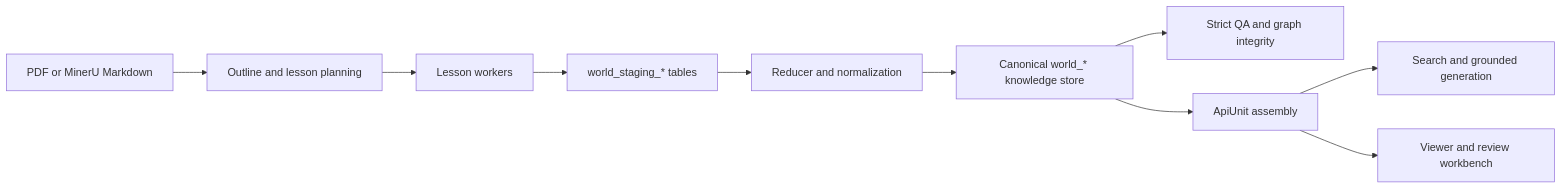
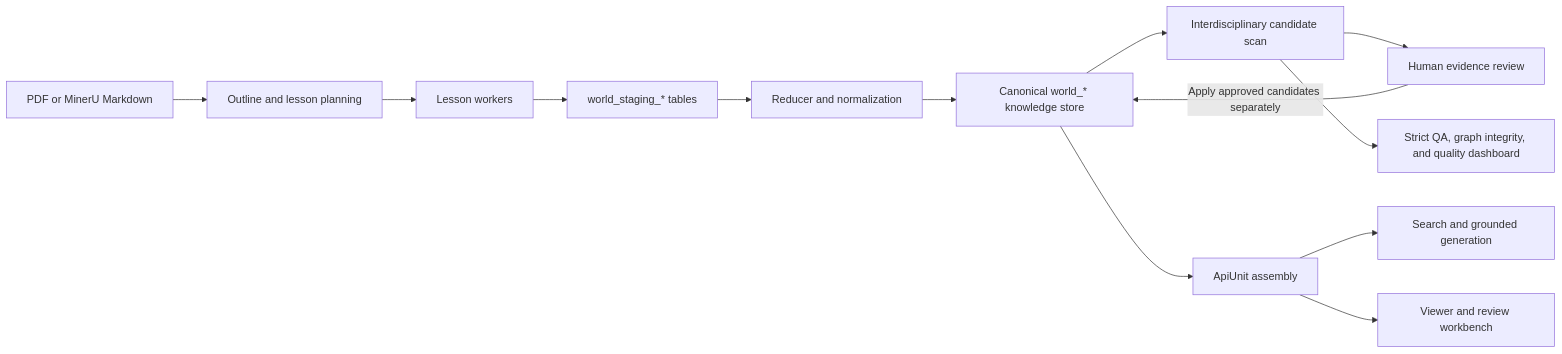
The diagram in README.md (Titan-Frank/InnoKnowledge), drawn with Mermaid before and after one commit. The commit also changed other lines of this file and 51 other files, not shown here.

````diff
--- a/README.md
+++ b/README.md
@@ -43,12 +44,15 @@
 ```mermaid
 flowchart LR
     A["PDF or MinerU Markdown"] --> B["Outline and lesson planning"]
     B --> C["Lesson workers"]
     C --> D["world_staging_* tables"]
     D --> E["Reducer and normalization"]
     E --> F["Canonical world_* knowledge store"]
-    F --> G["Strict QA and graph integrity"]
+    F --> K["Interdisciplinary candidate scan"]
+    K --> L["Human evidence review"]
+    L -->|Apply approved candidates separately| F
+    K --> G["Strict QA, graph integrity, and quality dashboard"]
     F --> H["ApiUnit assembly"]
     H --> I["Search and grounded generation"]
     H --> J["Viewer and review workbench"]
 ```
````
